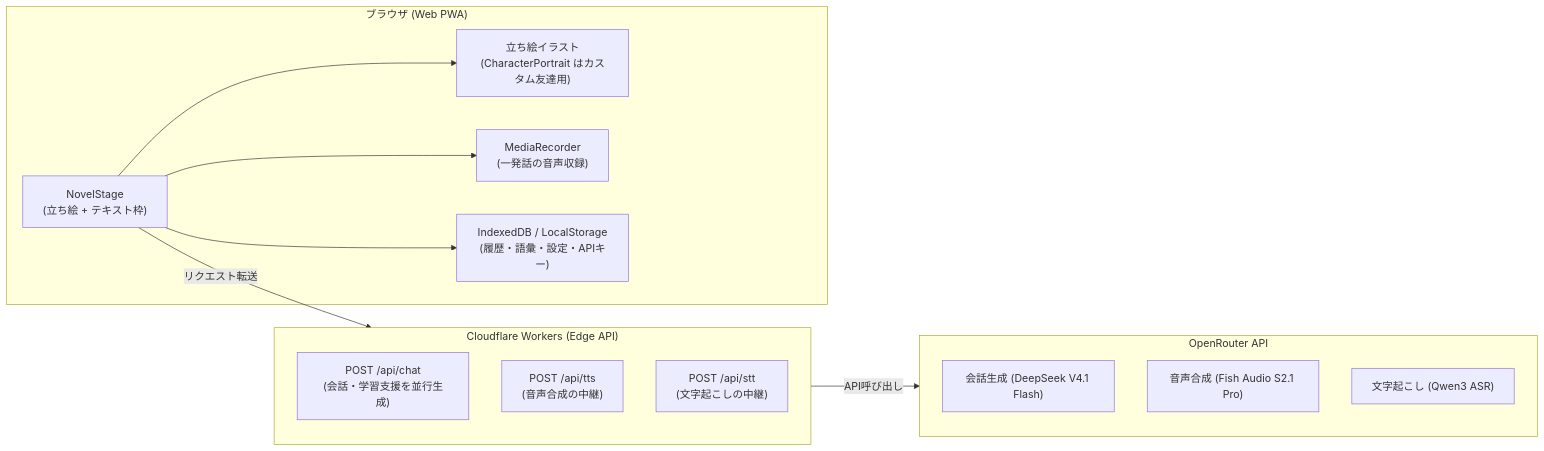
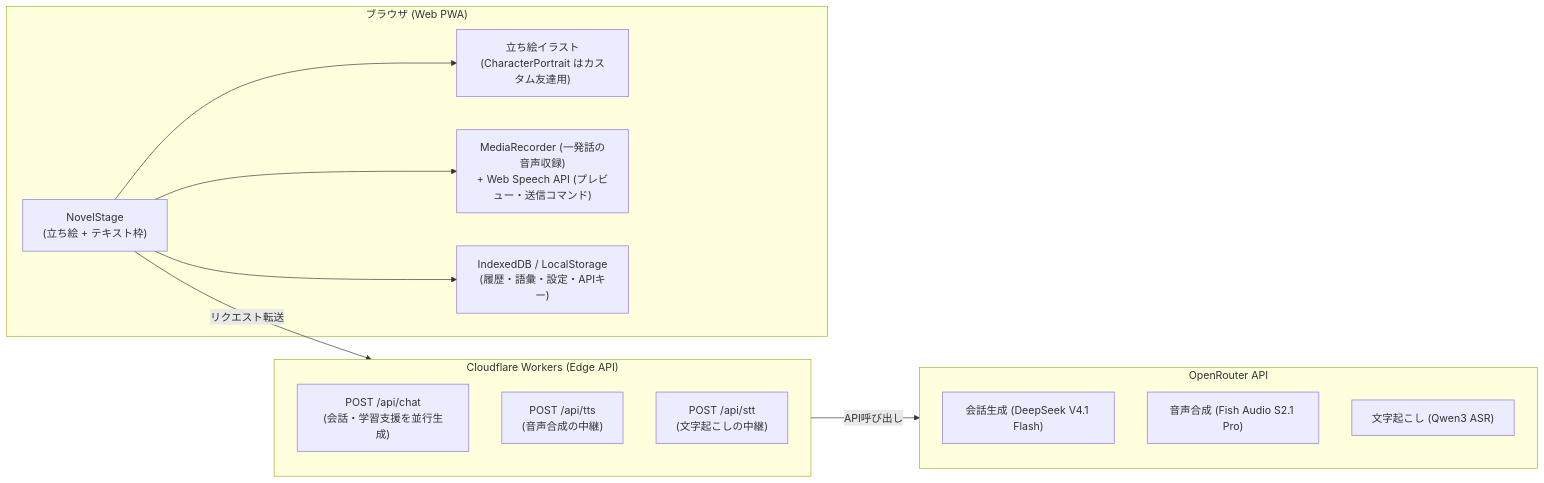
Before and after one commit to Satoshi-Hiramatsu/try-chinese: the diagram in README.md, drawn with Mermaid. The commit also changed other lines of this file and 9 other files, not shown here.

````diff
--- a/README.md
+++ b/README.md
@@ -267,27 +267,27 @@
 ```mermaid
 flowchart LR
     subgraph Client["ブラウザ (Web PWA)"]
         Stage["NovelStage<br>(立ち絵 + テキスト枠)"]
         Portrait["立ち絵イラスト<br>(CharacterPortrait はカスタム友達用)"]
-        Speech["MediaRecorder<br>(一発話の音声収録)"]
+        Speech["MediaRecorder (一発話の音声収録)<br>+ Web Speech API (プレビュー・送信コマンド)"]
         Storage["IndexedDB / LocalStorage<br>(履歴・語彙・設定・APIキー)"]
     end
 
     subgraph Server["Cloudflare Workers (Edge API)"]
         ChatRoute["POST /api/chat<br>(会話・学習支援を並行生成)"]
         TtsRoute["POST /api/tts<br>(音声合成の中継)"]
         SttRoute["POST /api/stt<br>(文字起こしの中継)"]
     end
 
     subgraph AI["OpenRouter API"]
         LLM["会話生成 (DeepSeek V4.1 Flash)"]
         TTS["音声合成 (Fish Audio S2.1 Pro)"]
         STT["文字起こし (Qwen3 ASR)"]
     end
 
     Stage --> Portrait
     Stage --> Storage
     Stage --> Speech
     Stage -->|リクエスト転送| Server
     Server -->|API呼び出し| AI
 ```
````
